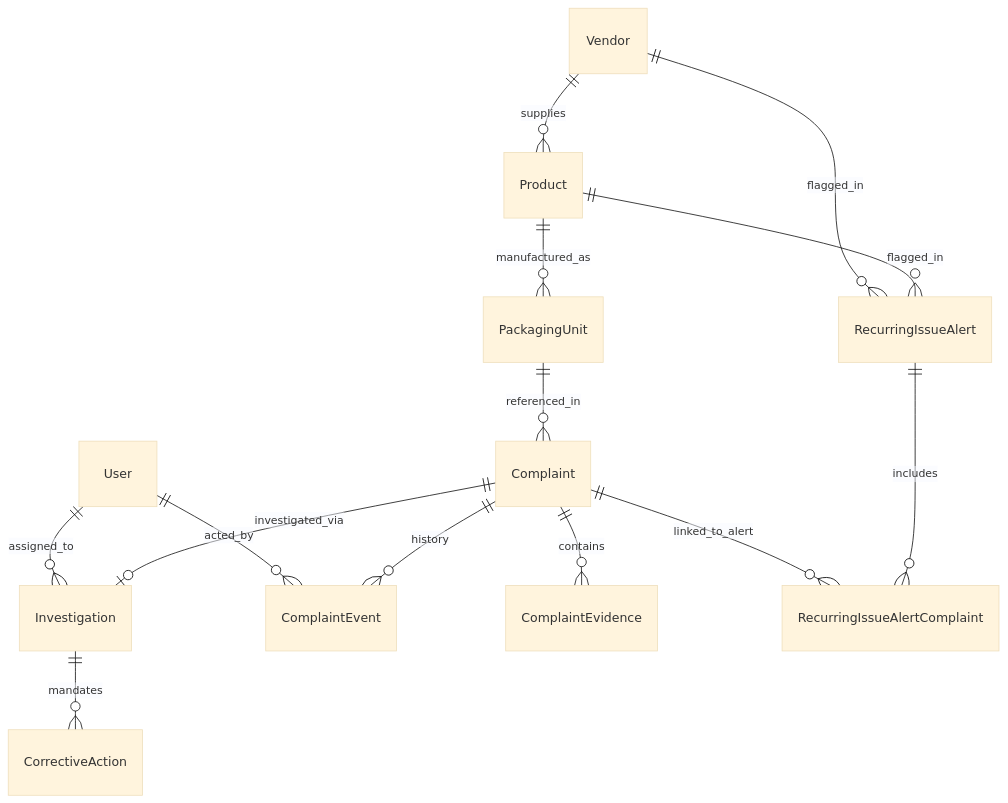
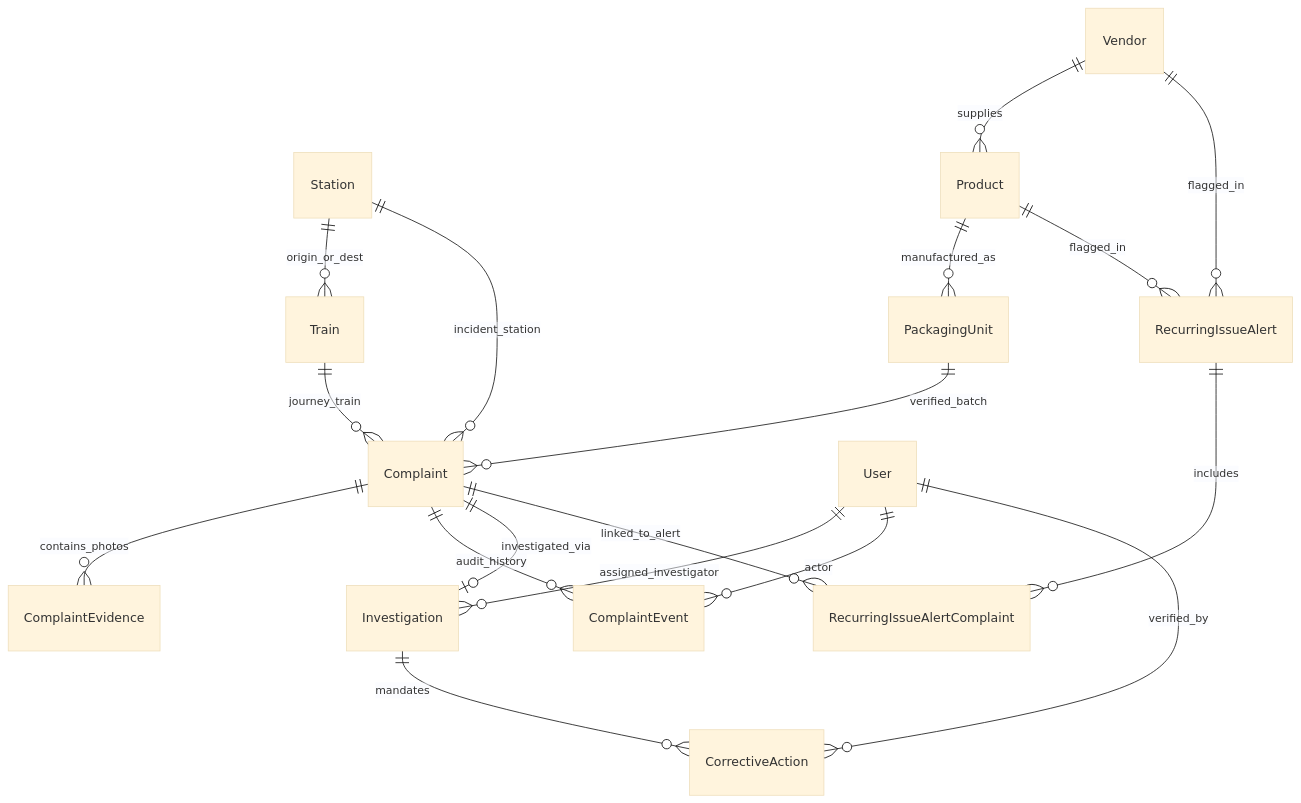
One commit to rkk416/railguard changed the first of 2 diagrams in docs/DATABASE.md. Above: the diagram before and after it, drawn with Mermaid (base theme). The commit also changed other lines of this file and 89 other files, not shown here.

````diff
--- a/docs/DATABASE.md
+++ b/docs/DATABASE.md
@@ -13,21 +16,26 @@
 ```mermaid
 erDiagram
-    User ||--o{ Investigation : "assigned_to"
-    User ||--o{ ComplaintEvent : "acted_by"
+    Station ||--o{ Train : "origin_or_dest"
+    Station ||--o{ Complaint : "incident_station"
+    Train ||--o{ Complaint : "journey_train"
+    
+    User ||--o{ Investigation : "assigned_investigator"
+    User ||--o{ ComplaintEvent : "actor"
+    User ||--o{ CorrectiveAction : "verified_by"
     
     Vendor ||--o{ Product : "supplies"
     Vendor ||--o{ RecurringIssueAlert : "flagged_in"
     
     Product ||--o{ PackagingUnit : "manufactured_as"
     Product ||--o{ RecurringIssueAlert : "flagged_in"
     
-    PackagingUnit ||--o{ Complaint : "referenced_in"
+    PackagingUnit ||--o{ Complaint : "verified_batch"
     
-    Complaint ||--o{ ComplaintEvidence : "contains"
-    Complaint ||--o{ ComplaintEvent : "history"
+    Complaint ||--o{ ComplaintEvidence : "contains_photos"
+    Complaint ||--o{ ComplaintEvent : "audit_history"
     Complaint ||--o| Investigation : "investigated_via"
     Complaint ||--o{ RecurringIssueAlertComplaint : "linked_to_alert"
     
     Investigation ||--o{ CorrectiveAction : "mandates"
     RecurringIssueAlert ||--o{ RecurringIssueAlertComplaint : "includes"
 ```
````
